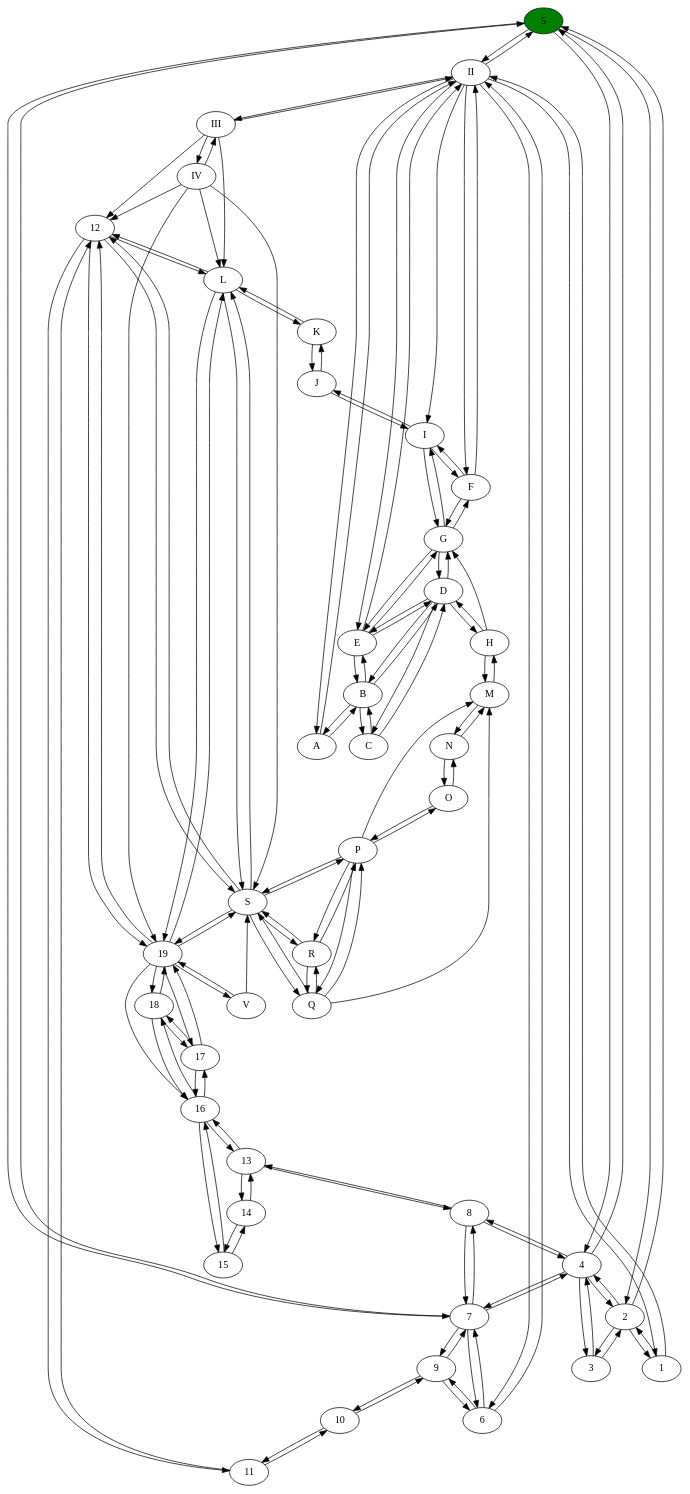
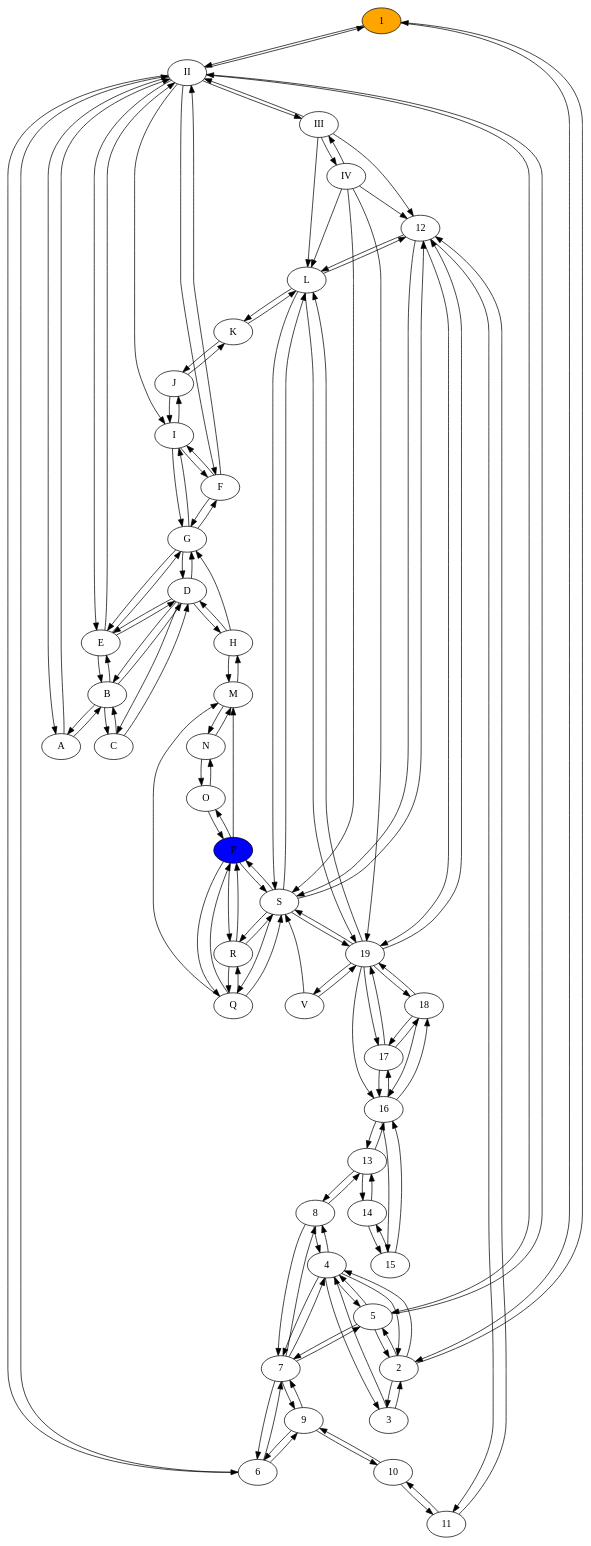
Before and after one commit to timothythiecke/ComputerVisieProject: the diagram in groundplan.dot, drawn with Graphviz. The commit also changed 20 other files, not shown here.

```diff
--- a/groundplan.dot
+++ b/groundplan.dot
@@ -1,146 +1,147 @@
-digraph G {5[fillcolor=green, style=filled]
+digraph G {1[fillcolor=orange, style=filled]
+P[fillcolor=blue, style=filled]
 I -> F[color=black]
 I -> G[color=black]
 I -> J[color=black]
 II -> I[color=black]
 II -> 1[color=black]
 II -> 5[color=black]
 II -> 6[color=black]
 II -> A[color=black]
 II -> E[color=black]
 II -> F[color=black]
 II -> III[color=black]
 III -> II[color=black]
 III -> IV[color=black]
 III -> L[color=black]
 III -> 12[color=black]
 IV -> III[color=black]
 IV -> L[color=black]
 IV -> 12[color=black]
 IV -> S[color=black]
 IV -> 19[color=black]
 V -> S[color=black]
 V -> 19[color=black]
 1 -> 2[color=black]
 1 -> II[color=black]
 2 -> 1[color=black]
 2 -> 3[color=black]
 2 -> 4[color=black]
 2 -> 5[color=black]
 3 -> 2[color=black]
 3 -> 4[color=black]
 4 -> 2[color=black]
 4 -> 3[color=black]
 4 -> 5[color=black]
 4 -> 7[color=black]
 4 -> 8[color=black]
 5 -> 2[color=black]
 5 -> 4[color=black]
 5 -> 7[color=black]
 5 -> II[color=black]
 6 -> 7[color=black]
 6 -> 9[color=black]
 6 -> II[color=black]
 7 -> 4[color=black]
 7 -> 5[color=black]
 7 -> 6[color=black]
 7 -> 8[color=black]
 7 -> 9[color=black]
 8 -> 4[color=black]
 8 -> 7[color=black]
 8 -> 13[color=black]
 9 -> 6[color=black]
 9 -> 7[color=black]
 9 -> 10[color=black]
 10 -> 9[color=black]
 10 -> 11[color=black]
 11 -> 10[color=black]
 11 -> 12[color=black]
 12 -> 11[color=black]
 12 -> 19[color=black]
 12 -> L[color=black]
 12 -> S[color=black]
 13 -> 8[color=black]
 13 -> 14[color=black]
 13 -> 16[color=black]
 14 -> 13[color=black]
 14 -> 15[color=black]
 15 -> 14[color=black]
 15 -> 16[color=black]
 16 -> 13[color=black]
 16 -> 15[color=black]
 16 -> 17[color=black]
 16 -> 18[color=black]
 17 -> 16[color=black]
 17 -> 18[color=black]
 17 -> 19[color=black]
 18 -> 16[color=black]
 18 -> 17[color=black]
 18 -> 19[color=black]
 19 -> 12[color=black]
 19 -> 16[color=black]
 19 -> 17[color=black]
 19 -> 18[color=black]
 19 -> S[color=black]
 19 -> L[color=black]
 19 -> V[color=black]
 A -> B[color=black]
 A -> II[color=black]
 B -> A[color=black]
 B -> C[color=black]
 B -> D[color=black]
 B -> E[color=black]
 C -> B[color=black]
 C -> D[color=black]
 D -> B[color=black]
 D -> C[color=black]
 D -> E[color=black]
 D -> G[color=black]
 D -> H[color=black]
 E -> B[color=black]
 E -> D[color=black]
 E -> G[color=black]
 E -> II[color=black]
 F -> G[color=black]
 F -> I[color=black]
 F -> II[color=black]
 G -> D[color=black]
 G -> E[color=black]
 G -> F[color=black]
 G -> I[color=black]
 H -> D[color=black]
 H -> G[color=black]
 H -> M[color=black]
 J -> I[color=black]
 J -> K[color=black]
 K -> J[color=black]
 K -> L[color=black]
 L -> K[color=black]
 L -> 12[color=black]
 L -> 19[color=black]
 L -> S[color=black]
 M -> H[color=black]
 M -> N[color=black]
 N -> M[color=black]
 N -> O[color=black]
 O -> N[color=black]
 O -> P[color=black]
 P -> M[color=black]
 P -> O[color=black]
 P -> Q[color=black]
 P -> R[color=black]
 P -> S[color=black]
 Q -> M[color=black]
 Q -> P[color=black]
 Q -> R[color=black]
 Q -> S[color=black]
 R -> P[color=black]
 R -> Q[color=black]
 R -> S[color=black]
 S -> P[color=black]
 S -> Q[color=black]
 S -> R[color=black]
 S -> L[color=black]
 S -> 12[color=black]
 S -> 19[color=black]
 }
```
